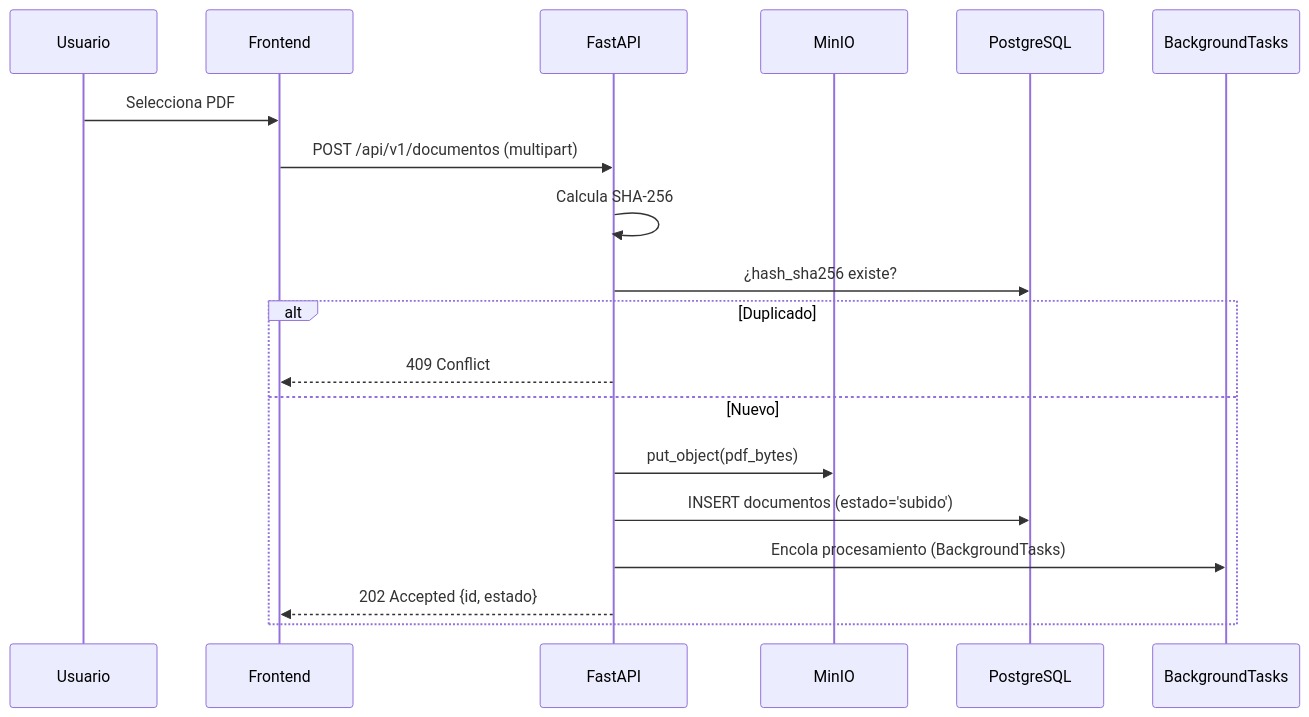
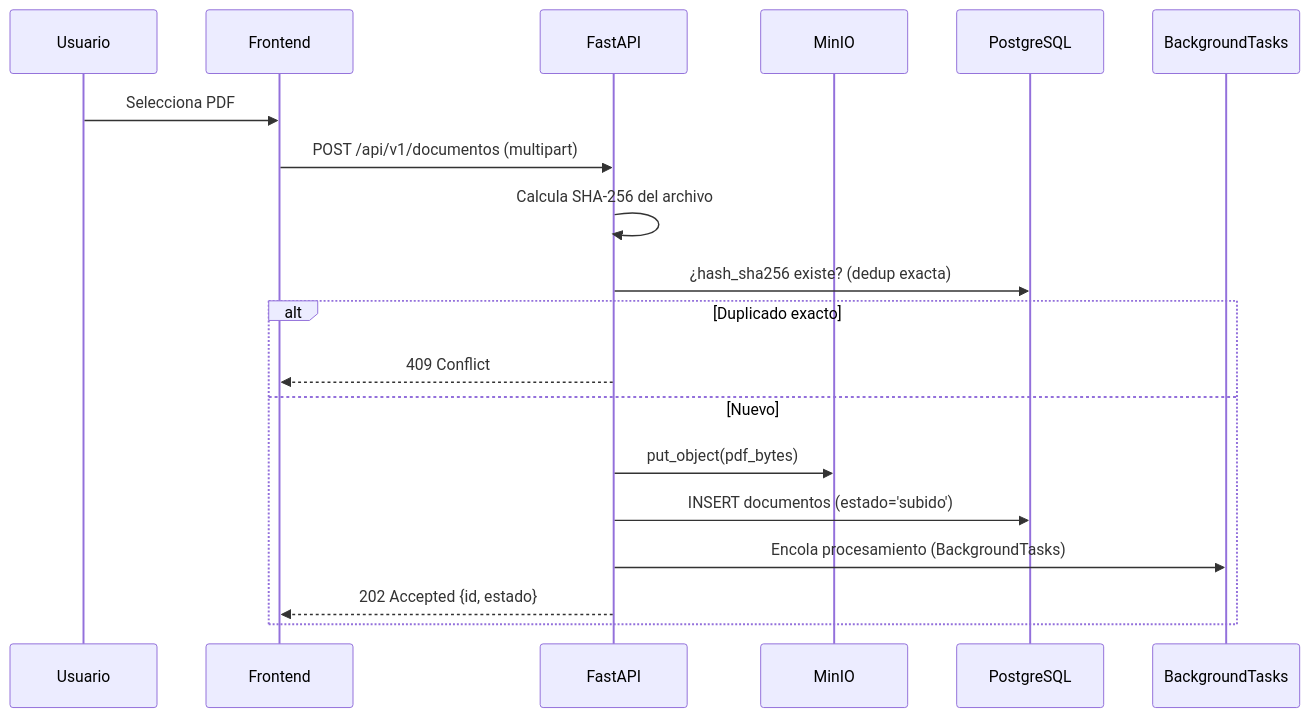
The first of 3 diagrams in docs/processing-pipeline.md (soviedos/Evaluaciones_Docentes), drawn with Mermaid before and after one commit. The commit also changed other lines of this file and 30 other files, not shown here.

````diff
--- a/docs/processing-pipeline.md
+++ b/docs/processing-pipeline.md
@@ -22,22 +24,22 @@
 ```mermaid
 sequenceDiagram
     participant U as Usuario
     participant FE as Frontend
     participant API as FastAPI
     participant S3 as MinIO
     participant DB as PostgreSQL
     participant Q as BackgroundTasks
 
     U->>FE: Selecciona PDF
     FE->>API: POST /api/v1/documentos (multipart)
-    API->>API: Calcula SHA-256
-    API->>DB: ¿hash_sha256 existe?
-    alt Duplicado
+    API->>API: Calcula SHA-256 del archivo
+    API->>DB: ¿hash_sha256 existe? (dedup exacta)
+    alt Duplicado exacto
         API-->>FE: 409 Conflict
     else Nuevo
         API->>S3: put_object(pdf_bytes)
         API->>DB: INSERT documentos (estado='subido')
         API->>Q: Encola procesamiento (BackgroundTasks)
         API-->>FE: 202 Accepted {id, estado}
     end
 ```
````
